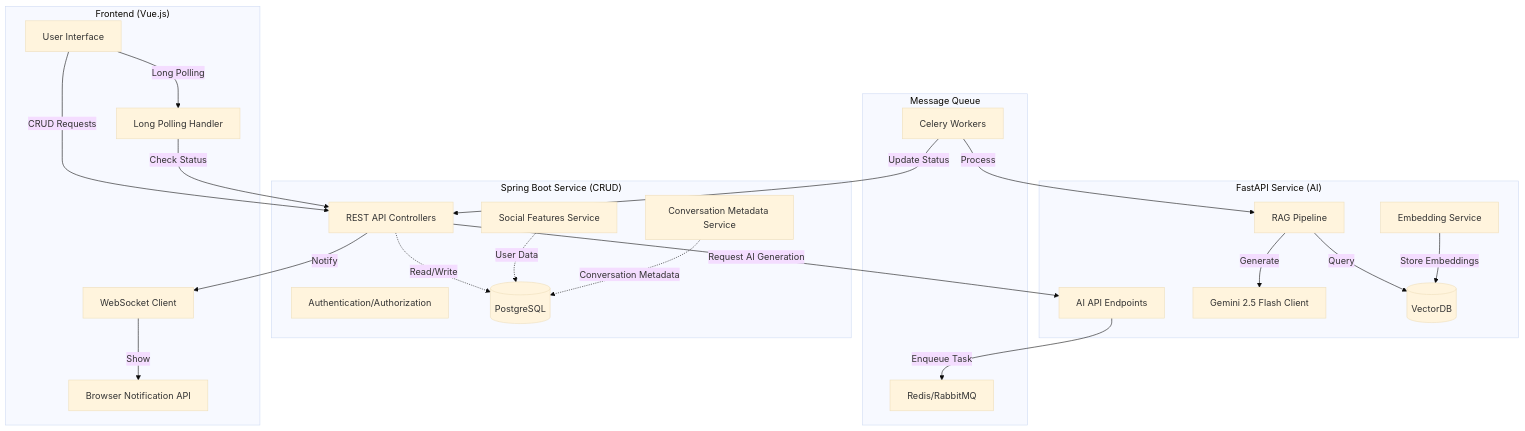
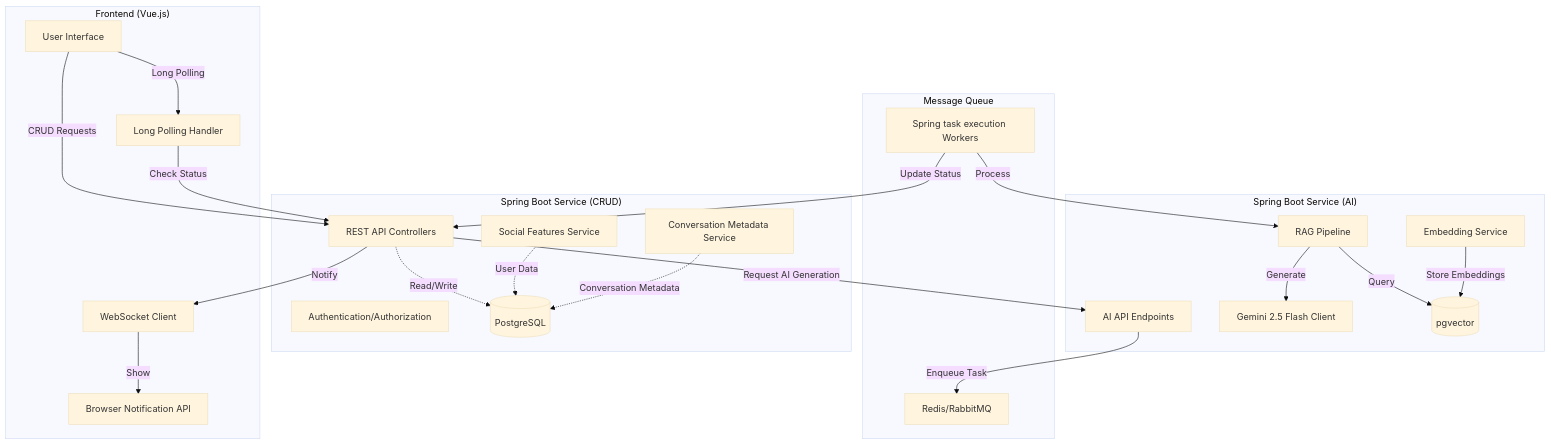
Before and after one commit to SideProjectSFY/gaji: the first of 8 diagrams in docs/3-solutioning/erd.md, drawn with Mermaid (base theme). The commit also changed other lines of this file and 69 other files, not shown here.

````diff
--- a/docs/3-solutioning/erd.md
+++ b/docs/3-solutioning/erd.md
@@ -93,49 +93,49 @@
 ```mermaid
 graph TB
     subgraph Client["Frontend (Vue.js)"]
         UI[User Interface]
         LP[Long Polling Handler]
         WS[WebSocket Client]
         BN[Browser Notification API]
     end
 
     subgraph SpringBoot["Spring Boot Service (CRUD)"]
         API1[REST API Controllers]
         AUTH[Authentication/Authorization]
         SOCIAL[Social Features Service]
         CONV[Conversation Metadata Service]
         DB1[(PostgreSQL)]
     end
 
-    subgraph FastAPI["FastAPI Service (AI)"]
+    subgraph Spring Boot["Spring Boot Service (AI)"]
         API2[AI API Endpoints]
         RAG[RAG Pipeline]
         EMB[Embedding Service]
         LLM[Gemini 2.5 Flash Client]
-        VDB[(VectorDB)]
+        VDB[(pgvector)]
     end
 
     subgraph Queue["Message Queue"]
         MQ[Redis/RabbitMQ]
-        WORKER[Celery Workers]
+        WORKER[Spring task execution Workers]
     end
 
     UI -->|CRUD Requests| API1
     UI -->|Long Polling| LP
     LP -->|Check Status| API1
 
     API1 -->|Request AI Generation| API2
     API2 -->|Enqueue Task| MQ
     WORKER -->|Process| RAG
     WORKER -->|Update Status| API1
     API1 -->|Notify| WS
     WS -->|Show| BN
 
     RAG -->|Query| VDB
     RAG -->|Generate| LLM
     EMB -->|Store Embeddings| VDB
 
     API1 -.->|Read/Write| DB1
     SOCIAL -.->|User Data| DB1
     CONV -.->|Conversation Metadata| DB1
 ```
````
